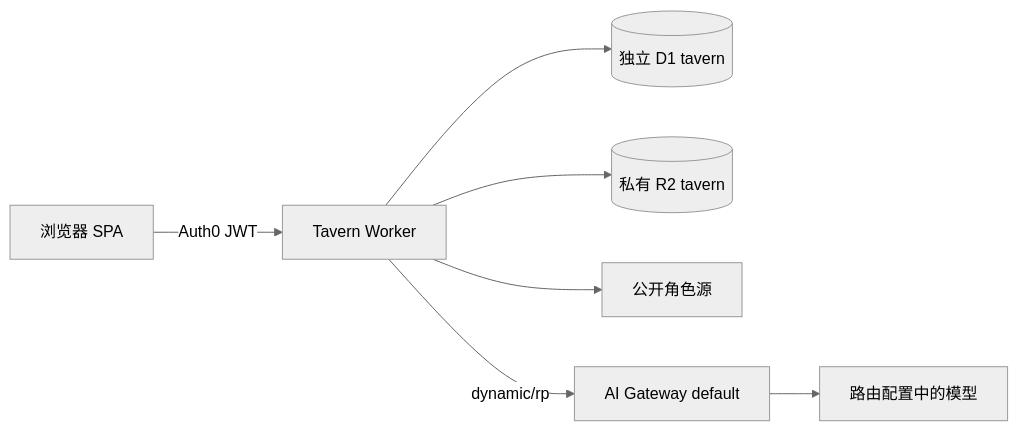
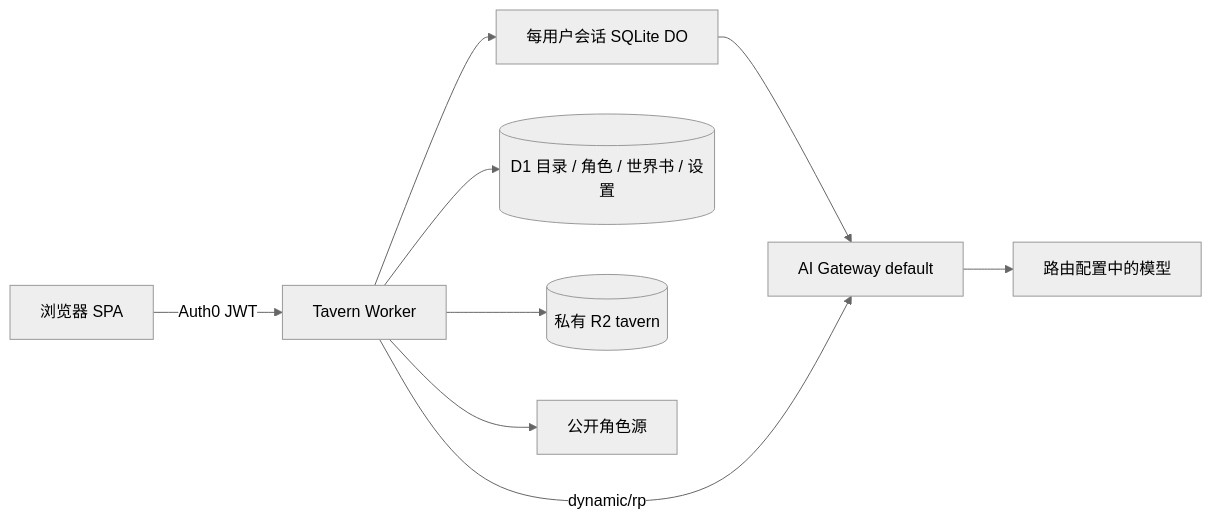
The diagram in docs/TAVERN.md (hasbai/financial), drawn with Mermaid (neutral theme) before and after one commit. The commit also changed other lines of this file and 17 other files, not shown here.

Commit message:
feat(tavern): isolate sessions in durable SQLite objects

````diff
--- a/docs/TAVERN.md
+++ b/docs/TAVERN.md
@@ -39,9 +39,11 @@
 ```mermaid
 flowchart LR
   Browser[浏览器 SPA] -->|Auth0 JWT| Worker[Tavern Worker]
-  Worker --> DB[(独立 D1 tavern)]
+  Worker --> DO[每用户会话 SQLite DO]
+  DO --> Gateway
+  Worker --> DB[(D1 目录 / 角色 / 世界书 / 设置)]
   Worker --> Files[(私有 R2 tavern)]
   Worker --> Sources[公开角色源]
   Worker -->|dynamic/rp| Gateway[AI Gateway default]
   Gateway --> Model[路由配置中的模型]
 ```
````
